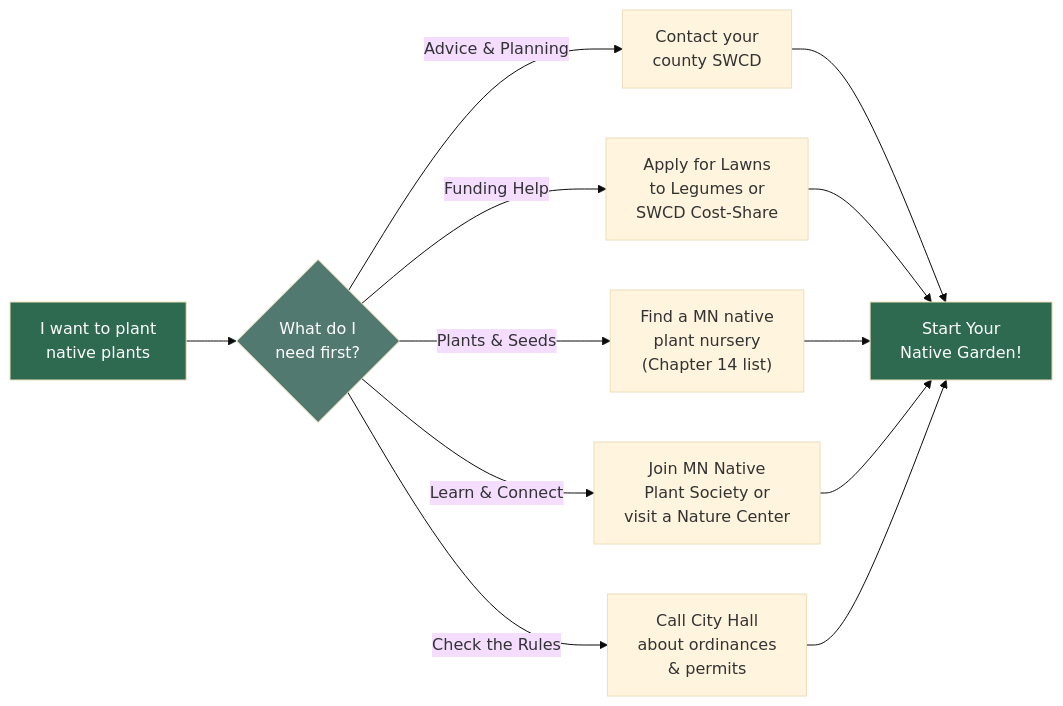
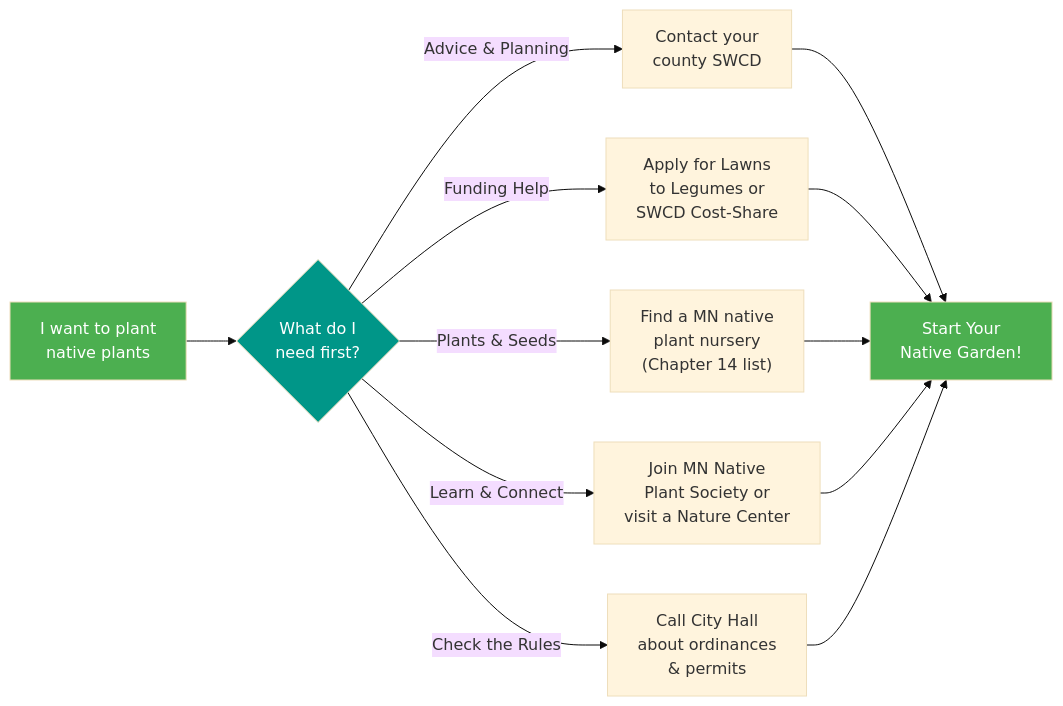
Before and after one commit to arunbatchu/minnesota-native-plants: the first of 2 diagrams in docs/chapters/14-minnesota-resources/index.md, drawn with Mermaid (base theme). The commit also changed other lines of this file and 10 other files, not shown here.

First line of the commit message:
Fix Mermaid diagram colors for accessibility — high contrast palette

````diff
--- a/docs/chapters/14-minnesota-resources/index.md
+++ b/docs/chapters/14-minnesota-resources/index.md
@@ -22,20 +22,20 @@
 ```mermaid
 flowchart LR
     Start["I want to plant<br>native plants"] --> Q1{"What do I<br>need first?"}
 
     Q1 -->|"Advice & Planning"| A1["Contact your<br>county SWCD"]
     Q1 -->|"Funding Help"| A2["Apply for Lawns<br>to Legumes or<br>SWCD Cost-Share"]
     Q1 -->|"Plants & Seeds"| A3["Find a MN native<br>plant nursery<br>(Chapter 14 list)"]
     Q1 -->|"Learn & Connect"| A4["Join MN Native<br>Plant Society or<br>visit a Nature Center"]
     Q1 -->|"Check the Rules"| A5["Call City Hall<br>about ordinances<br>& permits"]
 
     A1 --> R["Start Your<br>Native Garden!"]
     A2 --> R
     A3 --> R
     A4 --> R
     A5 --> R
 
-    style Start fill:#2d6a4f,color:#fff
-    style R fill:#2d6a4f,color:#fff
-    style Q1 fill:#52796f,color:#fff
+    style Start fill:#4CAF50,color:#fff
+    style R fill:#4CAF50,color:#fff
+    style Q1 fill:#009688,color:#fff
 ```
````
